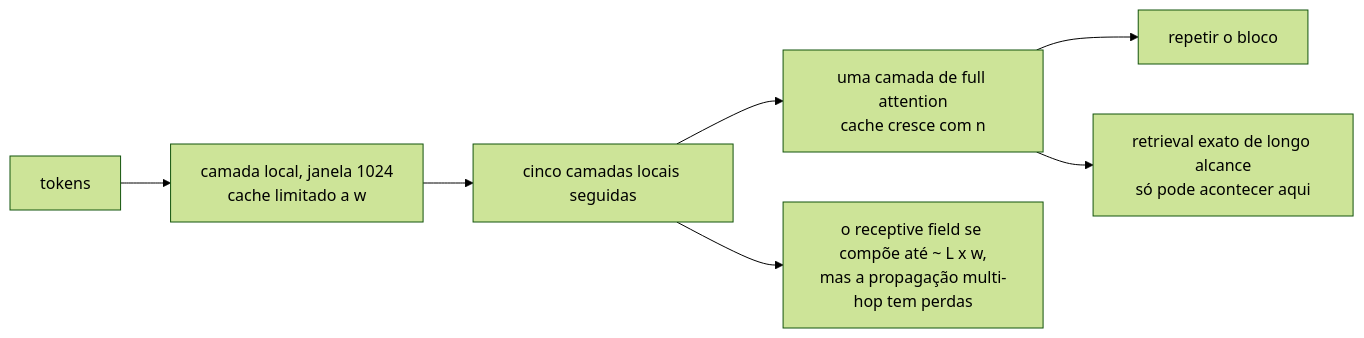
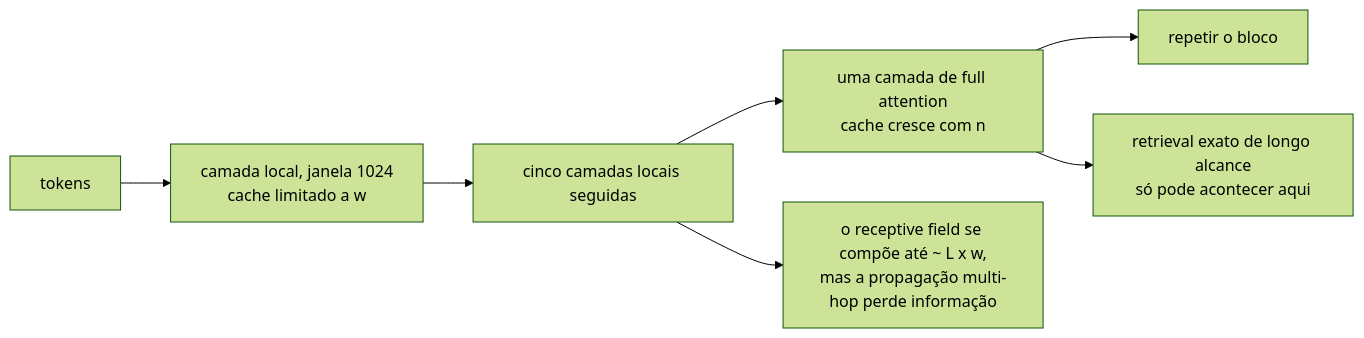
One commit to andrevberaldo/AI-Engineer-Interview-Questions changed diagram 23 of 34 in 02-llm-fundamentals/questions.pt-BR.md. Above: the diagram before and after it, drawn with Mermaid (forest theme). The commit also changed other lines of this file and 1 other file, not shown here.

````diff
--- a/02-llm-fundamentals/questions.pt-BR.md
+++ b/02-llm-fundamentals/questions.pt-BR.md
@@ -1010,9 +1010,9 @@
 ```mermaid
 flowchart LR
     IN["tokens"] --> L1["camada local, janela 1024<br/>cache limitado a w"]
     L1 --> L2["cinco camadas locais seguidas"]
     L2 --> G["uma camada de full attention<br/>cache cresce com n"]
     G --> OUT["repetir o bloco"]
-    L2 --> RF["o receptive field se compõe até ~ L x w,<br/>mas a propagação multi-hop tem perdas"]
+    L2 --> RF["o receptive field se compõe até ~ L x w,<br/>mas a propagação multi-hop perde informação"]
     G --> EX["retrieval exato de longo alcance<br/>só pode acontecer aqui"]
 ```
````
